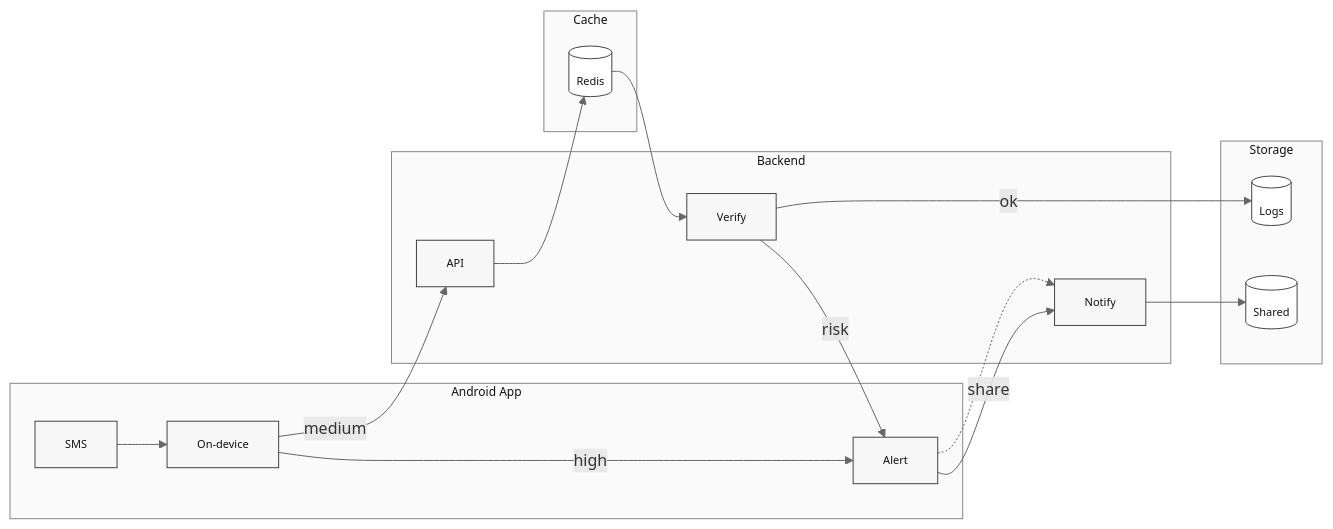
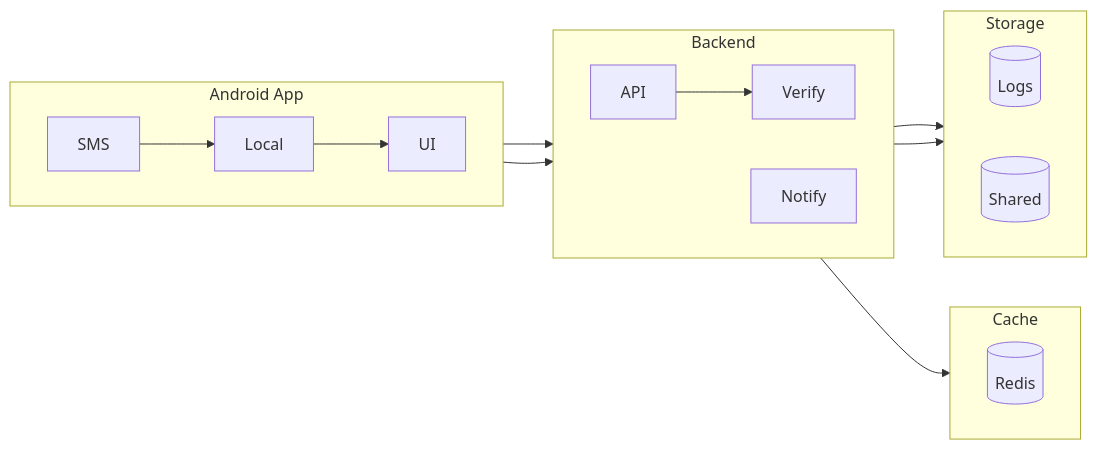
The diagram in README2.md (GA-Safety/Guardian-Agent), drawn with Mermaid before and after one commit.

````diff
--- a/README2.md
+++ b/README2.md
@@ -56,48 +56,32 @@
 ```mermaid
 graph LR
-  %% --- Subgraphs ---
   subgraph FE["Android App"]
+    direction LR
     SMS["SMS"]
-    Local["On-device"]
-    UI["Alert"]
+    Local["Local"]
+    UI["UI"]
   end
 
   subgraph BE["Backend"]
+    direction LR
     API["API"]
     Verify["Verify"]
     Notify["Notify"]
   end
 
   subgraph C["Cache"]
+    direction LR
     R[(Redis)]
   end
 
   subgraph D["Storage"]
+    direction LR
     Logs[(Logs)]
     Shared[(Shared)]
   end
 
-  %% --- Flow ---
-  SMS --> Local
-  Local -->|"high"| UI
-  UI -.-> Notify
-
-  Local -->|"medium"| API
-  API --> R --> Verify
-  Verify -->|"risk"| UI
-  Verify -->|"ok"| Logs
-
-  UI -->|"share"| Notify
-  Notify --> Shared
-
-  %% --- Compact styling ---
-  classDef box fill:#F7F7F7,stroke:#444,color:#111,stroke-width:1px,font-size:11px;
-  classDef store fill:#FFFFFF,stroke:#444,color:#111,stroke-width:1px,font-size:11px;
-  classDef panel fill:#FAFAFA,stroke:#888,color:#111,stroke-width:1px,font-size:12px;
-
-  class SMS,Local,UI,API,Verify,Notify box;
-  class R,Logs,Shared store;
-  class FE,BE,C,D panel;
-
-  linkStyle default stroke:#666,stroke-width:1px;
+  SMS --> Local --> UI
+  Local --> API --> Verify --> R
+  Verify --> Logs
+  UI --> Notify --> Shared
 ```
````
